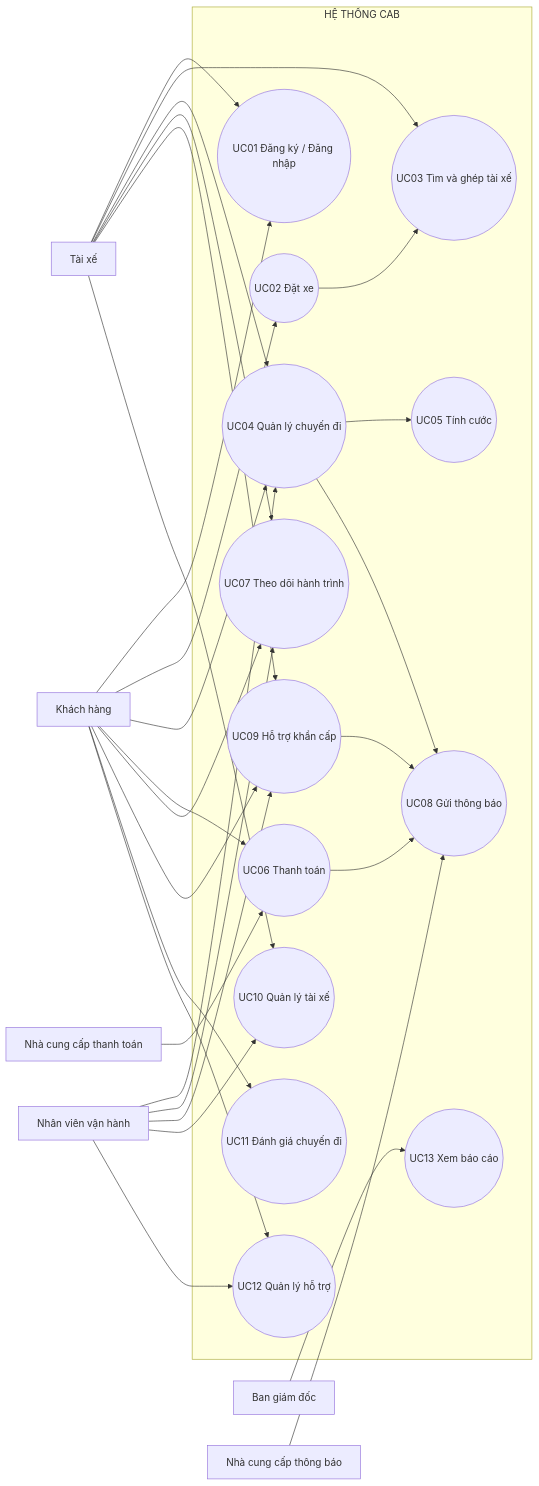
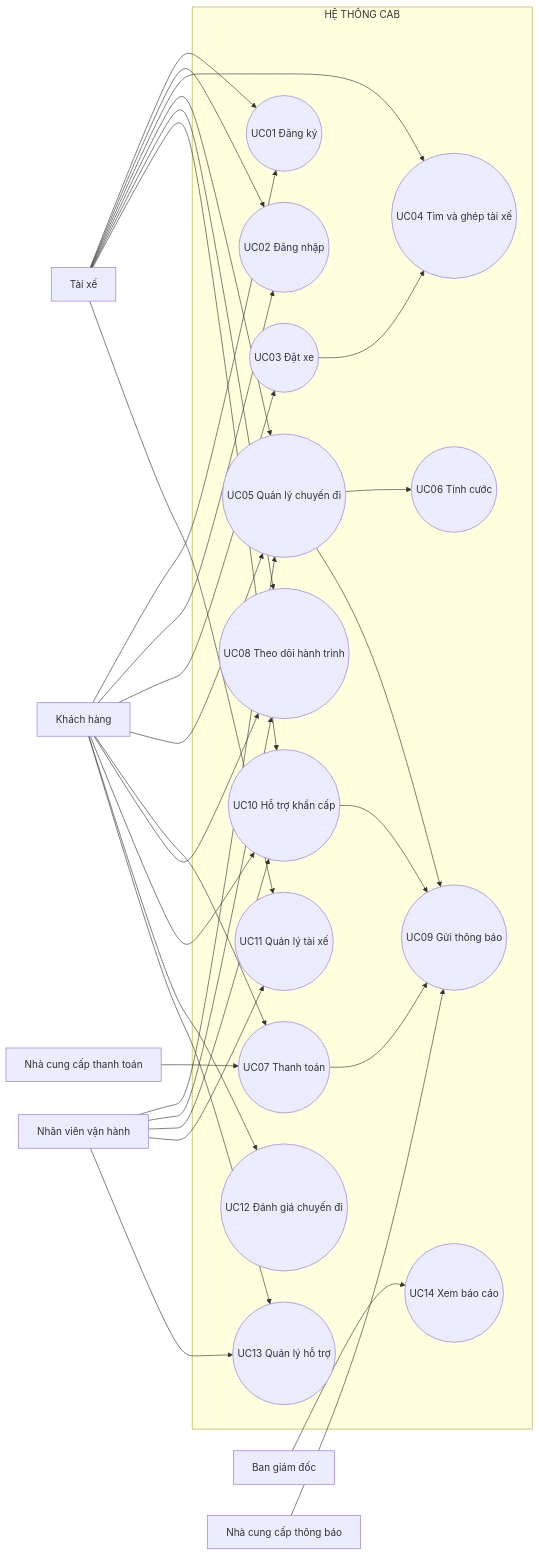
The second of 8 diagrams in README.md (thuhien76685/23653331_TruongThiThuHien_CAB-System-), drawn with Mermaid before and after one commit. The commit also changed other lines of this file, not shown here.

````diff
--- a/README.md
+++ b/README.md
@@ -219,58 +220,61 @@
 ```mermaid
 flowchart LR
 
     KH["Khách hàng"]
     TX["Tài xế"]
     NV["Nhân viên vận hành"]
     BGĐ["Ban giám đốc"]
     TT["Nhà cung cấp thanh toán"]
     TB["Nhà cung cấp thông báo"]
 
     subgraph CAB["HỆ THỐNG CAB"]
-        UC01(("UC01 Đăng ký / Đăng nhập"))
-        UC02(("UC02 Đặt xe"))
-        UC03(("UC03 Tìm và ghép tài xế"))
-        UC04(("UC04 Quản lý chuyến đi"))
-        UC05(("UC05 Tính cước"))
-        UC06(("UC06 Thanh toán"))
-        UC07(("UC07 Theo dõi hành trình"))
-        UC08(("UC08 Gửi thông báo"))
-        UC09(("UC09 Hỗ trợ khẩn cấp"))
-        UC10(("UC10 Quản lý tài xế"))
-        UC11(("UC11 Đánh giá chuyến đi"))
-        UC12(("UC12 Quản lý hỗ trợ"))
-        UC13(("UC13 Xem báo cáo"))
+        UC01(("UC01 Đăng ký"))
+        UC02(("UC02 Đăng nhập"))
+        UC03(("UC03 Đặt xe"))
+        UC04(("UC04 Tìm và ghép tài xế"))
+        UC05(("UC05 Quản lý chuyến đi"))
+        UC06(("UC06 Tính cước"))
+        UC07(("UC07 Thanh toán"))
+        UC08(("UC08 Theo dõi hành trình"))
+        UC09(("UC09 Gửi thông báo"))
+        UC10(("UC10 Hỗ trợ khẩn cấp"))
+        UC11(("UC11 Quản lý tài xế"))
+        UC12(("UC12 Đánh giá chuyến đi"))
+        UC13(("UC13 Quản lý hỗ trợ"))
+        UC14(("UC14 Xem báo cáo"))
     end
 
     KH --> UC01
     KH --> UC02
-    KH --> UC04
-    KH --> UC06
+    KH --> UC03
+    KH --> UC05
     KH --> UC07
-    KH --> UC09
-    KH --> UC11
+    KH --> UC08
+    KH --> UC10
     KH --> UC12
+    KH --> UC13
 
     TX --> UC01
-    TX --> UC03
+    TX --> UC02
     TX --> UC04
-    TX --> UC07
-    TX --> UC09
+    TX --> UC05
+    TX --> UC08
     TX --> UC10
+    TX --> UC11
 
-    NV --> UC04
-    NV --> UC07
-    NV --> UC09
+    NV --> UC05
+    NV --> UC08
     NV --> UC10
-    NV --> UC12
+    NV --> UC11
+    NV --> UC13
 
-    BGĐ --> UC13
-    TT --> UC06
-    TB --> UC08
+    BGĐ --> UC14
+    TT --> UC07
+    TB --> UC09
 
-    UC02 --> UC03
-    UC04 --> UC05
-    UC04 --> UC08
-    UC06 --> UC08
-    UC09 --> UC08
+    UC03 --> UC04
+    UC05 --> UC06
+    UC05 --> UC09
+    UC07 --> UC09
+    UC10 --> UC09
 ```
````
